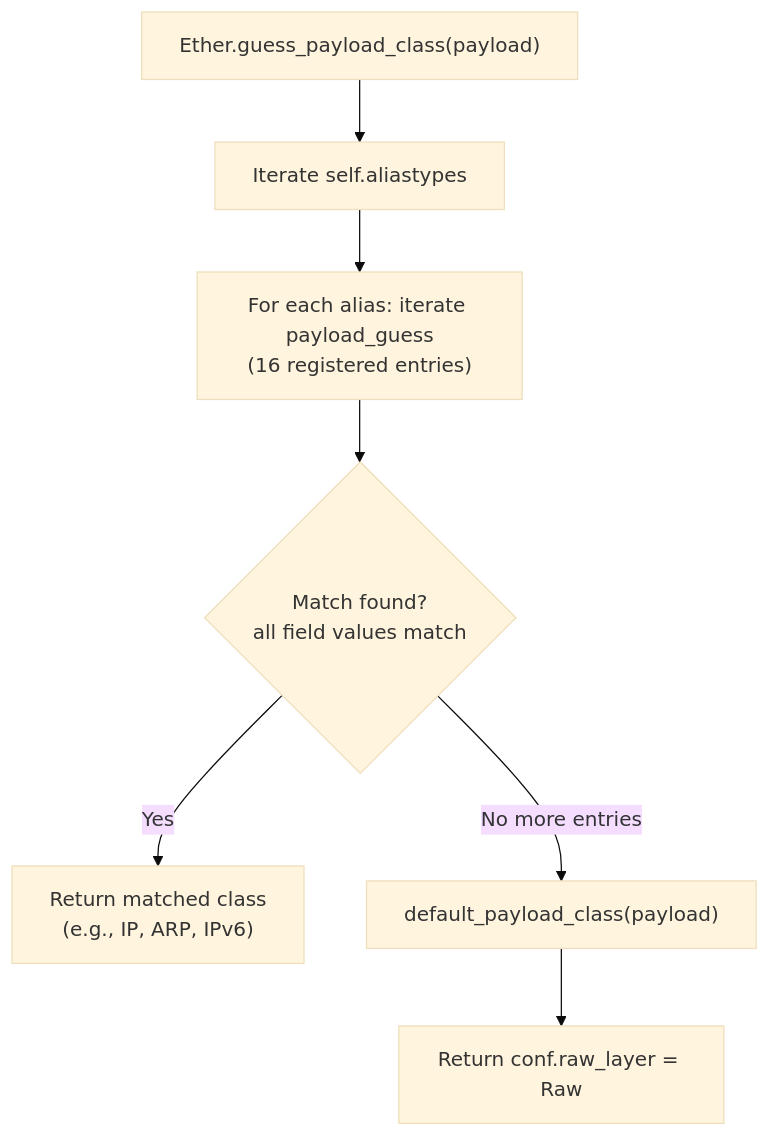
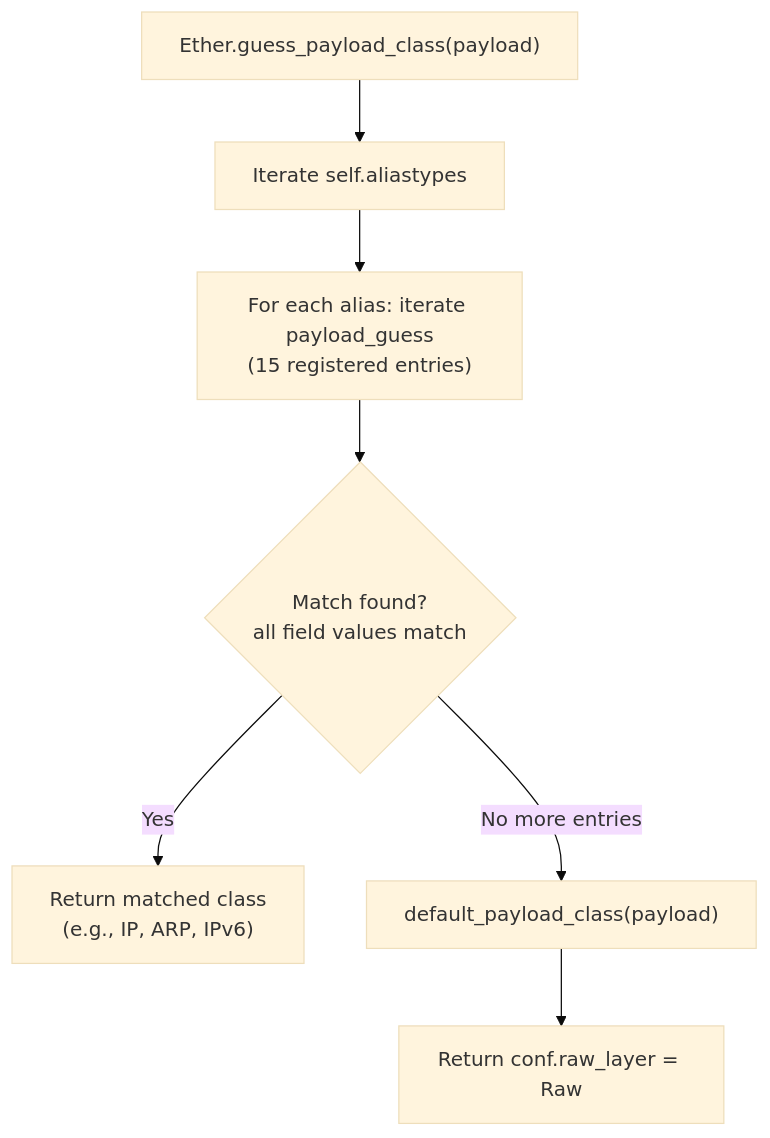
One commit to blitzy-research/scapy changed the first of 2 diagrams in blitzy/documentation/scapy_0925ada48540.md. Above: the diagram before and after it, drawn with Mermaid (base theme). The commit also changed other lines of this file, not shown here.

````diff
--- a/blitzy/documentation/scapy_0925ada48540.md
+++ b/blitzy/documentation/scapy_0925ada48540.md
@@ -444,9 +443,9 @@
 ```mermaid
 flowchart TD
     A["Ether.guess_payload_class(payload)"] --> B["Iterate self.aliastypes"]
-    B --> C["For each alias: iterate payload_guess<br/>(16 registered entries)"]
+    B --> C["For each alias: iterate payload_guess<br/>(15 registered entries)"]
     C --> D{"Match found?<br/>all field values match"}
     D -->|"Yes"| E["Return matched class<br/>(e.g., IP, ARP, IPv6)"]
     D -->|"No more entries"| F["default_payload_class(payload)"]
     F --> G["Return conf.raw_layer = Raw"]
 ```
````
